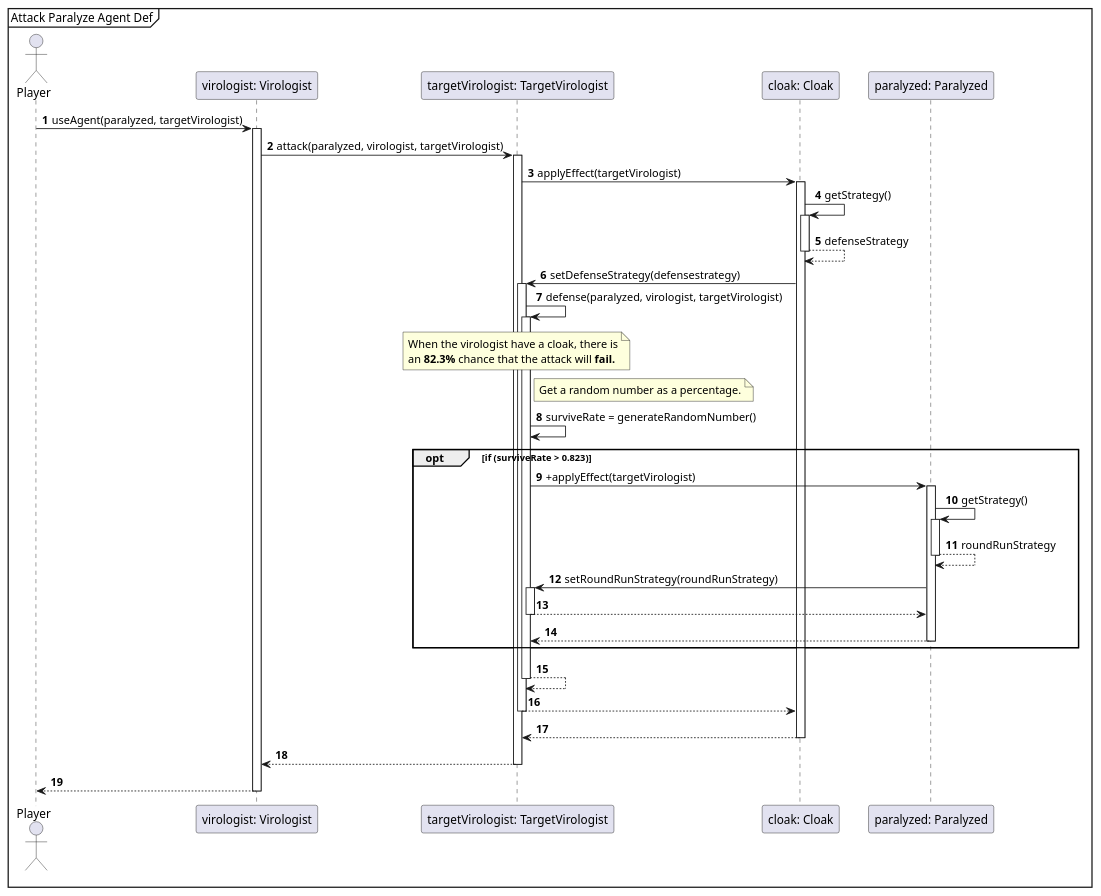
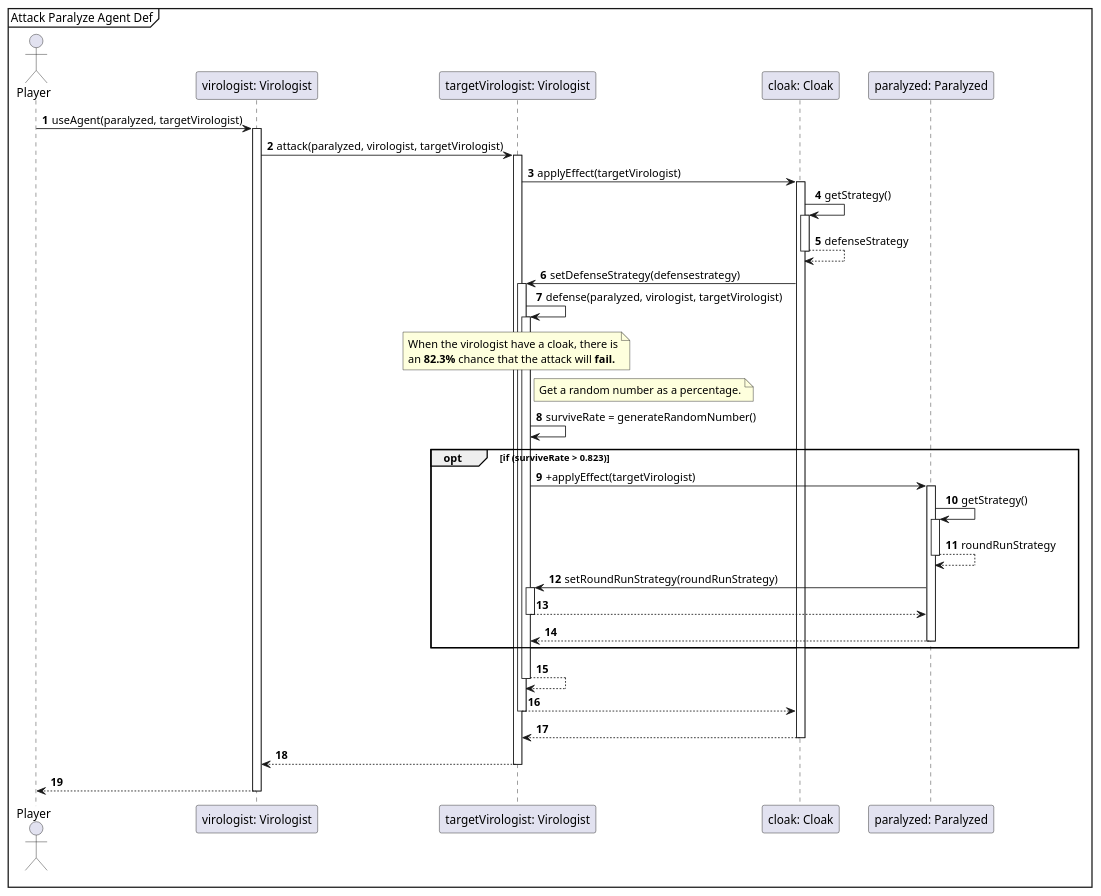
Before and after one commit to Projlab-csb/projlab-virologus: the diagram in Exact Sequence-diagrams/AttackParalyzeAgentDEF.puml, drawn with PlantUML. The commit also changed 20 other files, not shown here.

Commit message:
Little changes in sequences

```diff
--- a/Exact Sequence-diagrams/AttackParalyzeAgentDEF.puml
+++ b/Exact Sequence-diagrams/AttackParalyzeAgentDEF.puml
@@ -1,51 +1,51 @@
 @startuml
 'https://plantuml.com/sequence-diagram
 
 autonumber
 
 mainframe Attack Paralyze Agent Def
 
 actor Player
 
 Player -> "virologist: Virologist"++: useAgent(paralyzed, targetVirologist)
-"virologist: Virologist" -> "targetVirologist: TargetVirologist"++: attack(paralyzed, virologist, targetVirologist)
-"targetVirologist: TargetVirologist" -> "cloak: Cloak"++ : applyEffect(targetVirologist)
+"virologist: Virologist" -> "targetVirologist: Virologist"++: attack(paralyzed, virologist, targetVirologist)
+"targetVirologist: Virologist" -> "cloak: Cloak"++ : applyEffect(targetVirologist)
 "cloak: Cloak" -> "cloak: Cloak"++ : getStrategy()
 "cloak: Cloak" --> "cloak: Cloak"-- : defenseStrategy
 
-"cloak: Cloak" -> "targetVirologist: TargetVirologist"++: setDefenseStrategy(defensestrategy)
+"cloak: Cloak" -> "targetVirologist: Virologist"++: setDefenseStrategy(defensestrategy)
 
-"targetVirologist: TargetVirologist" -> "targetVirologist: TargetVirologist"++: defense(paralyzed, virologist, targetVirologist)
+"targetVirologist: Virologist" -> "targetVirologist: Virologist"++: defense(paralyzed, virologist, targetVirologist)
 
 
-note over "targetVirologist: TargetVirologist"
+note over "targetVirologist: Virologist"
     When the virologist have a cloak, there is
     an **82.3%** chance that the attack will **fail.**
 end note
 
-note right of "targetVirologist: TargetVirologist"
+note right of "targetVirologist: Virologist"
 Get a random number as a percentage.
 end note
 
-"targetVirologist: TargetVirologist" -> "targetVirologist: TargetVirologist": surviveRate = generateRandomNumber()
+"targetVirologist: Virologist" -> "targetVirologist: Virologist": surviveRate = generateRandomNumber()
 
 opt if (surviveRate > 0.823)
-    "targetVirologist: TargetVirologist" -> "paralyzed: Paralyzed"++: +applyEffect(targetVirologist)
+    "targetVirologist: Virologist" -> "paralyzed: Paralyzed"++: +applyEffect(targetVirologist)
 
       "paralyzed: Paralyzed" -> "paralyzed: Paralyzed"++ : getStrategy()
       "paralyzed: Paralyzed" --> "paralyzed: Paralyzed"-- : roundRunStrategy
-      "paralyzed: Paralyzed" -> "targetVirologist: TargetVirologist"++: setRoundRunStrategy(roundRunStrategy)
-      "targetVirologist: TargetVirologist" --> "paralyzed: Paralyzed"--
-      "paralyzed: Paralyzed" --> "targetVirologist: TargetVirologist"--
+      "paralyzed: Paralyzed" -> "targetVirologist: Virologist"++: setRoundRunStrategy(roundRunStrategy)
+      "targetVirologist: Virologist" --> "paralyzed: Paralyzed"--
+      "paralyzed: Paralyzed" --> "targetVirologist: Virologist"--
 end opt
 
-"targetVirologist: TargetVirologist" --> "targetVirologist: TargetVirologist" --
+"targetVirologist: Virologist" --> "targetVirologist: Virologist" --
 
-"targetVirologist: TargetVirologist" --> "cloak: Cloak" --
-"cloak: Cloak" --> "targetVirologist: TargetVirologist" --
+"targetVirologist: Virologist" --> "cloak: Cloak" --
+"cloak: Cloak" --> "targetVirologist: Virologist" --
 
 
-"targetVirologist: TargetVirologist" --> "virologist: Virologist" --
+"targetVirologist: Virologist" --> "virologist: Virologist" --
 
 "virologist: Virologist" --> Player --
 @enduml
```
